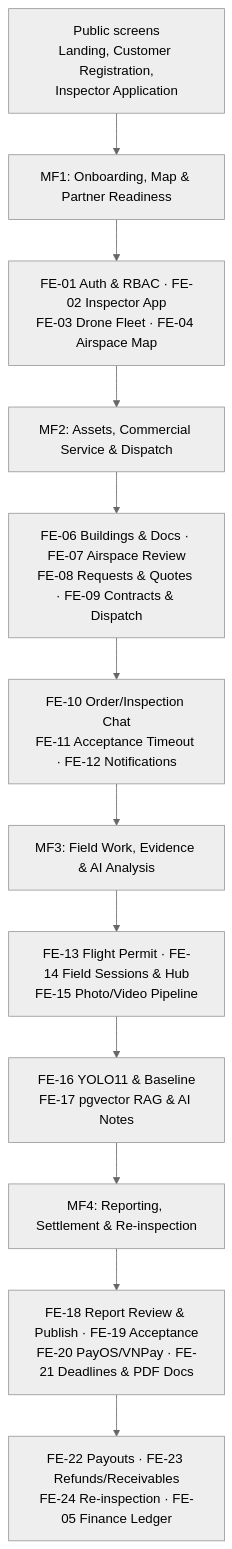
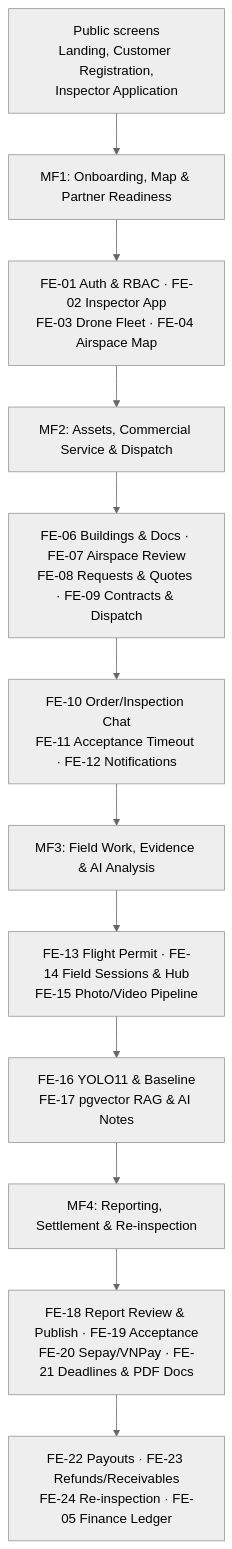
One commit to tungbach12/SmartDroneInspection-Docs changed the first of 2 diagrams in reports/report-3-software-requirement-specification/03-functional-requirements.md. Above: the diagram before and after it, drawn with Mermaid (neutral theme). The commit also changed other lines of this file and 29 other files, not shown here.

Commit message:
docs(reports,diagrams): sync V67-V69 schema, Sepay/VNPay hardening, and ERD/state/package diagrams

````diff
--- a/reports/report-3-software-requirement-specification/03-functional-requirements.md
+++ b/reports/report-3-software-requirement-specification/03-functional-requirements.md
@@ -18,25 +18,25 @@
 ```mermaid
 %% title: Business Screens Flow Diagram
 flowchart TD
   PUB["Public screens<br/>Landing, Customer Registration,<br/>Inspector Application"]
 
   MF1["MF1: Onboarding, Map & Partner Readiness"]
   FE01_04["FE-01 Auth & RBAC · FE-02 Inspector App<br/>FE-03 Drone Fleet · FE-04 Airspace Map"]
 
   MF2["MF2: Assets, Commercial Service & Dispatch"]
   FE06_09["FE-06 Buildings & Docs · FE-07 Airspace Review<br/>FE-08 Requests & Quotes · FE-09 Contracts & Dispatch"]
   FE10_12["FE-10 Order/Inspection Chat<br/>FE-11 Acceptance Timeout · FE-12 Notifications"]
 
   MF3["MF3: Field Work, Evidence & AI Analysis"]
   FE13_15["FE-13 Flight Permit · FE-14 Field Sessions & Hub<br/>FE-15 Photo/Video Pipeline"]
   FE16_17["FE-16 YOLO11 & Baseline<br/>FE-17 pgvector RAG & AI Notes"]
 
   MF4["MF4: Reporting, Settlement & Re-inspection"]
-  FE18_21["FE-18 Report Review & Publish · FE-19 Acceptance<br/>FE-20 PayOS/VNPay · FE-21 Deadlines & PDF Docs"]
+  FE18_21["FE-18 Report Review & Publish · FE-19 Acceptance<br/>FE-20 Sepay/VNPay · FE-21 Deadlines & PDF Docs"]
   FE22_24["FE-22 Payouts · FE-23 Refunds/Receivables<br/>FE-24 Re-inspection · FE-05 Finance Ledger"]
 
   PUB --> MF1 --> FE01_04 --> MF2
   MF2 --> FE06_09 --> FE10_12 --> MF3
   MF3 --> FE13_15 --> FE16_17 --> MF4
   MF4 --> FE18_21 --> FE22_24
 ```
````
